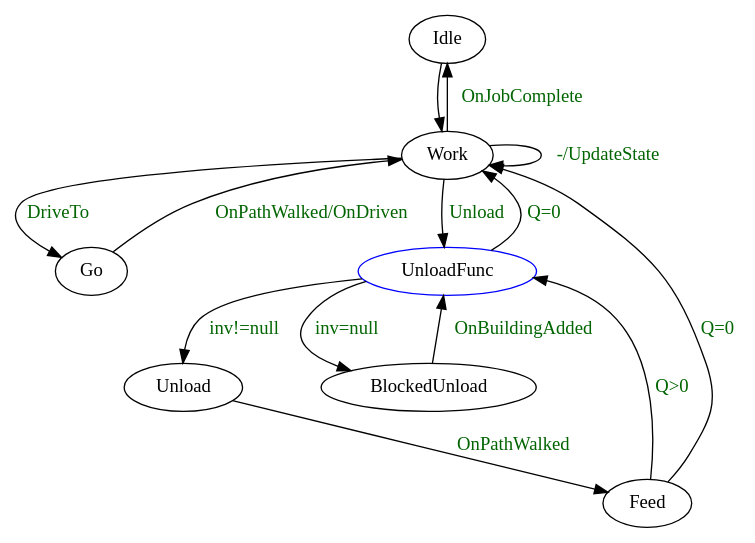
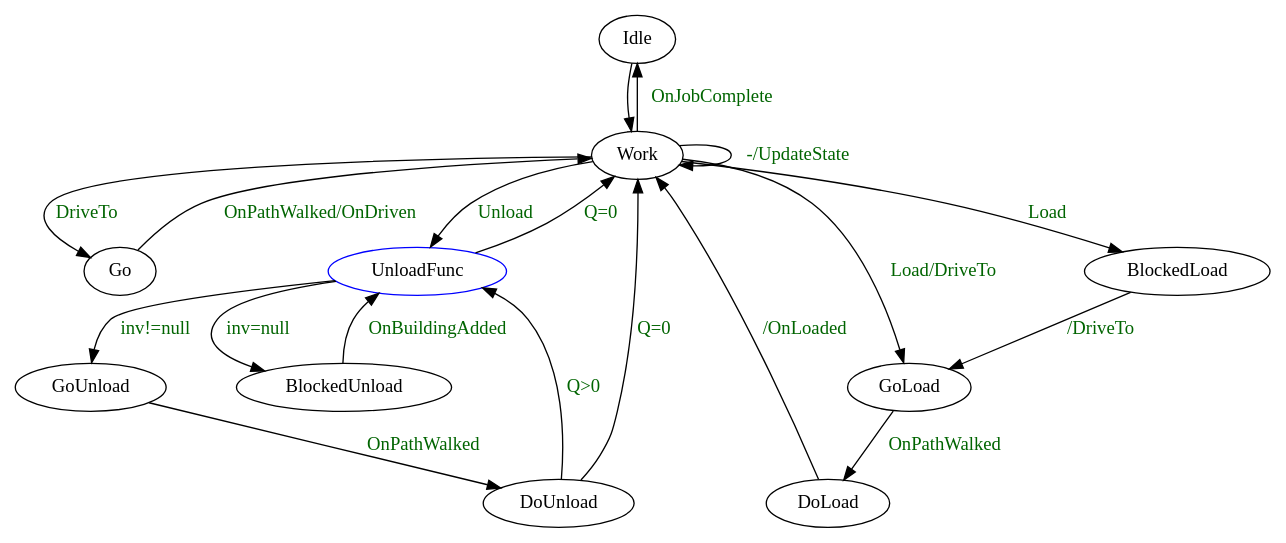
One commit to PentagramPro/colonykeeper changed the diagram in Docs/FSA_DroneController.gv. Above: the diagram before and after it, drawn with Graphviz. The commit also changed 9 other files, not shown here.

```diff
--- a/Docs/FSA_DroneController.gv
+++ b/Docs/FSA_DroneController.gv
@@ -1,23 +1,28 @@
 digraph G
 {
   graph[overlap="scale"]
   graph[nodesep="0.5"]
   edge[fontcolor="darkgreen"]
 
 
 
   Idle->Work;
   Work->Idle[label="OnJobComplete"];
   Work->Work[label="-/UpdateState"];
   Work->Go[label="DriveTo"];
   Work->UnloadFunc[label="Unload"];
   Go->Work[label="OnPathWalked/OnDriven"];
   UnloadFunc[color="blue"];
-  UnloadFunc->Unload[label="inv!=null"];
+  UnloadFunc->GoUnload[label="inv!=null"];
   UnloadFunc->Work[label="Q=0"];
   UnloadFunc->BlockedUnload[label="inv=null"];
+  Work->GoLoad[label="Load/DriveTo"];
+  Work->BlockedLoad[label="Load"];
+  BlockedLoad->GoLoad[label="/DriveTo"];
+  GoLoad->DoLoad[label="OnPathWalked"];
+  DoLoad->Work[label="/OnLoaded"];
   BlockedUnload->UnloadFunc[label="OnBuildingAdded"];
-  Unload->Feed[label="OnPathWalked"];
-  Feed->Work[label="Q=0"];
-  Feed->UnloadFunc[label="Q>0"];
+  GoUnload->DoUnload[label="OnPathWalked"];
+  DoUnload->Work[label="Q=0"];
+  DoUnload->UnloadFunc[label="Q>0"];
 }
```
